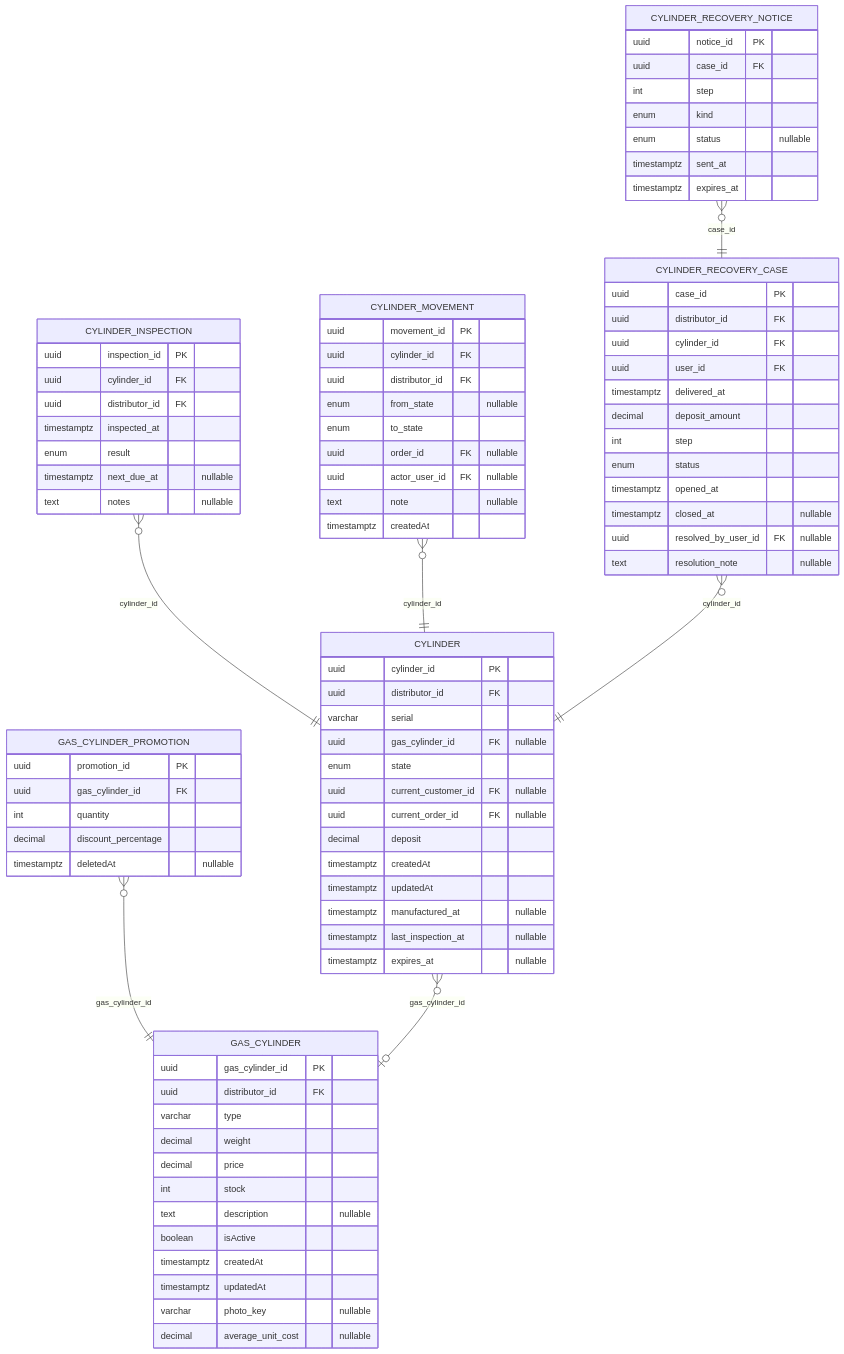
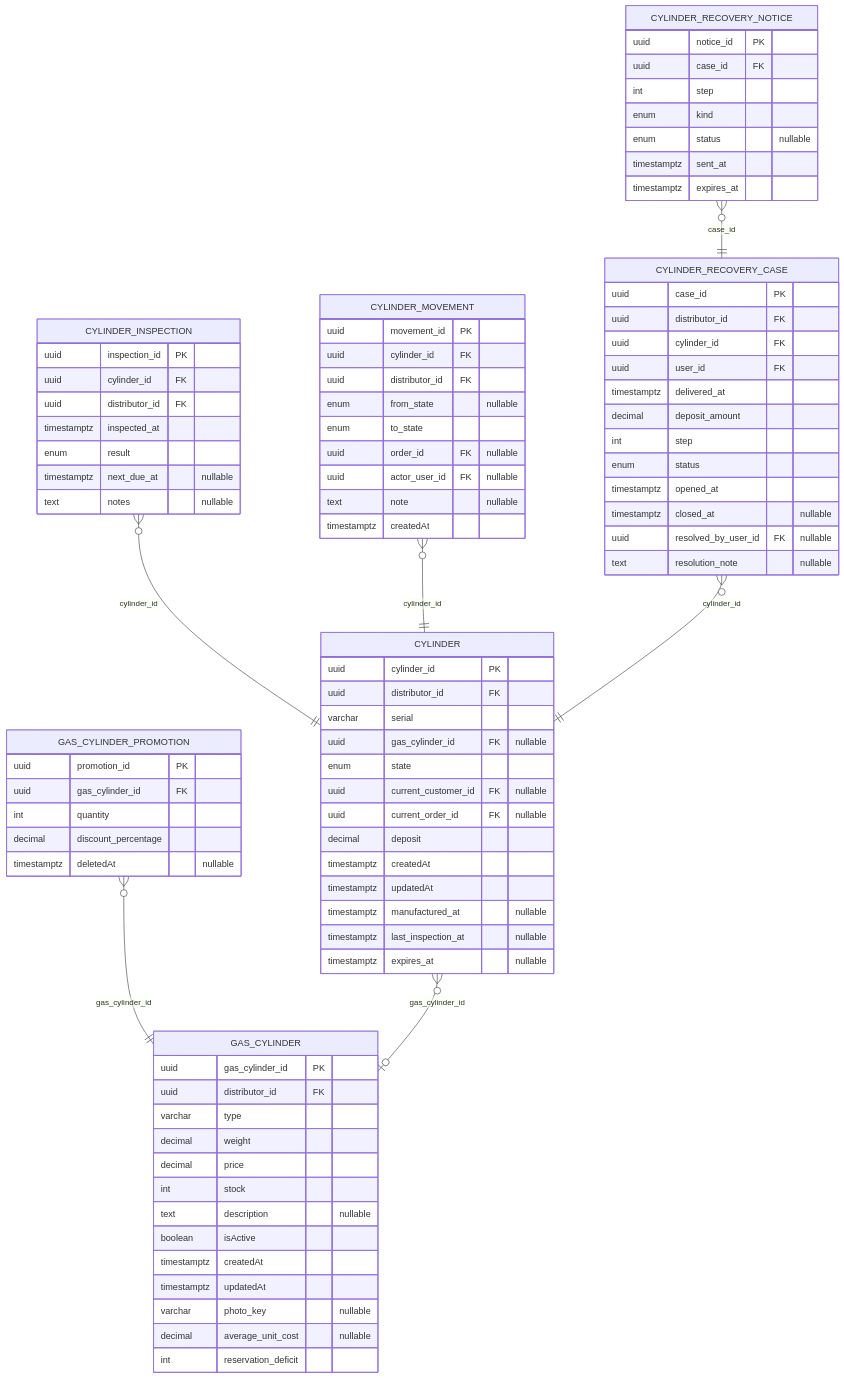
One commit to Nahuelito-Dev/splg-docs changed the third of 15 diagrams in diagramas/base-de-datos/SPLG-der-mermaid.md. Above: the diagram before and after it, drawn with Mermaid. The commit also changed other lines of this file and 306 other files, not shown here.

```diff
--- a/diagramas/base-de-datos/SPLG-der-mermaid.md
+++ b/diagramas/base-de-datos/SPLG-der-mermaid.md
@@ -185,6 +185,7 @@
         timestamptz updatedAt
         varchar photo_key "nullable"
         decimal average_unit_cost "nullable"
+        int reservation_deficit
     }
     GAS_CYLINDER_PROMOTION {
         uuid promotion_id PK
```
